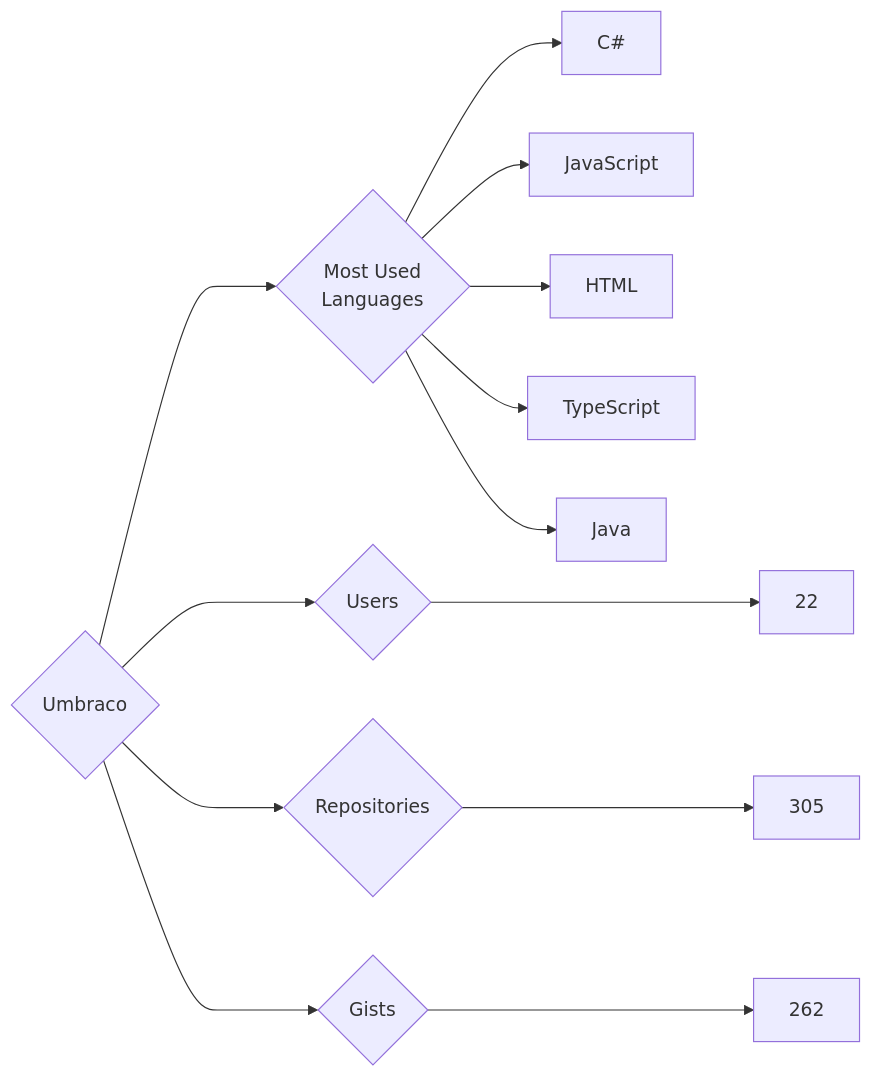
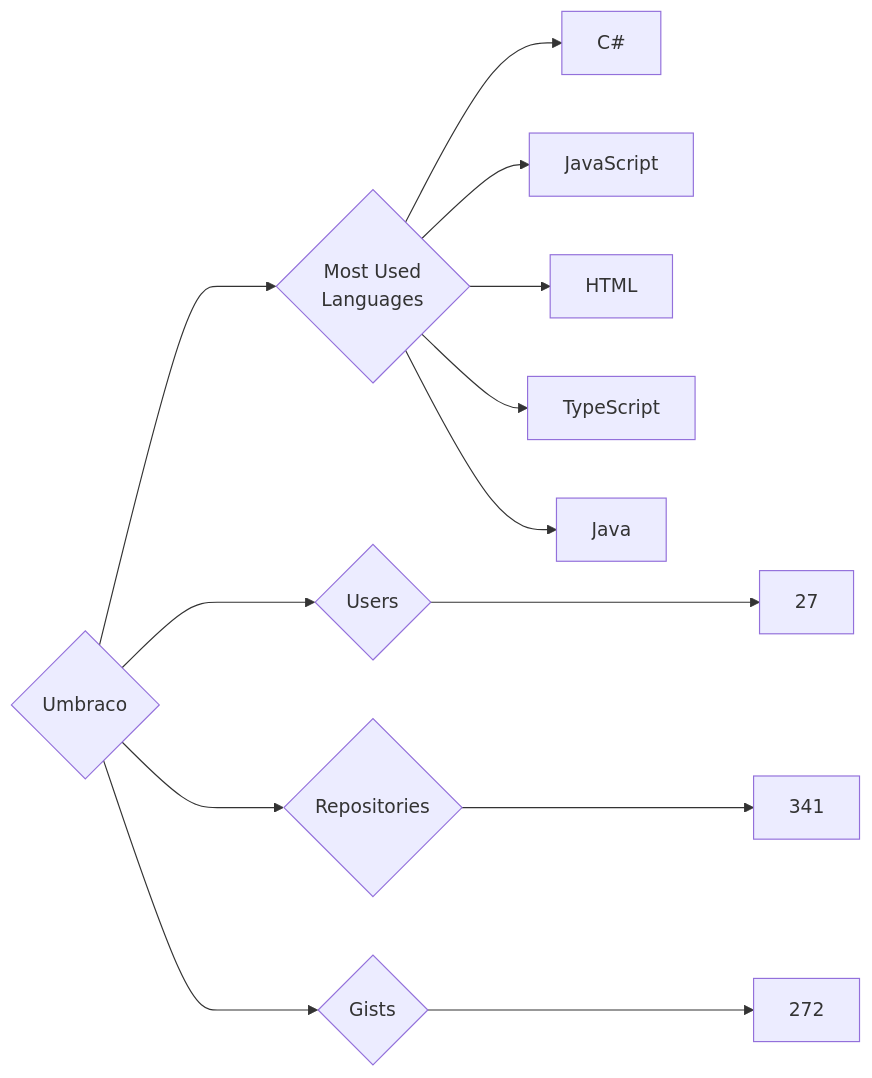
One commit to trickest/insiders changed the diagram in targets/Umbraco/README.md. Above: the diagram before and after it, drawn with Mermaid. The commit also changed 1508 other files, not shown here.

````diff
--- a/targets/Umbraco/README.md
+++ b/targets/Umbraco/README.md
@@ -3,13 +3,13 @@
 ```mermaid
 graph LR
 COMPANY_NAME{Umbraco}
-COMPANY_NAME ---> U{Users} ---> UN[22]
-COMPANY_NAME ---> R{Repositories} ---> RN[305]
-COMPANY_NAME ---> G{Gists} ---> GN[262]
+COMPANY_NAME ---> U{Users} ---> UN[27]
+COMPANY_NAME ---> R{Repositories} ---> RN[341]
+COMPANY_NAME ---> G{Gists} ---> GN[272]
 COMPANY_NAME ---> ML{Most Used<br>Languages}
 ML --> C#[C#]
 ML --> JavaScript[JavaScript]
 ML --> HTML[HTML]
 ML --> TypeScript[TypeScript]
 ML --> Java[Java]
 ```
````
